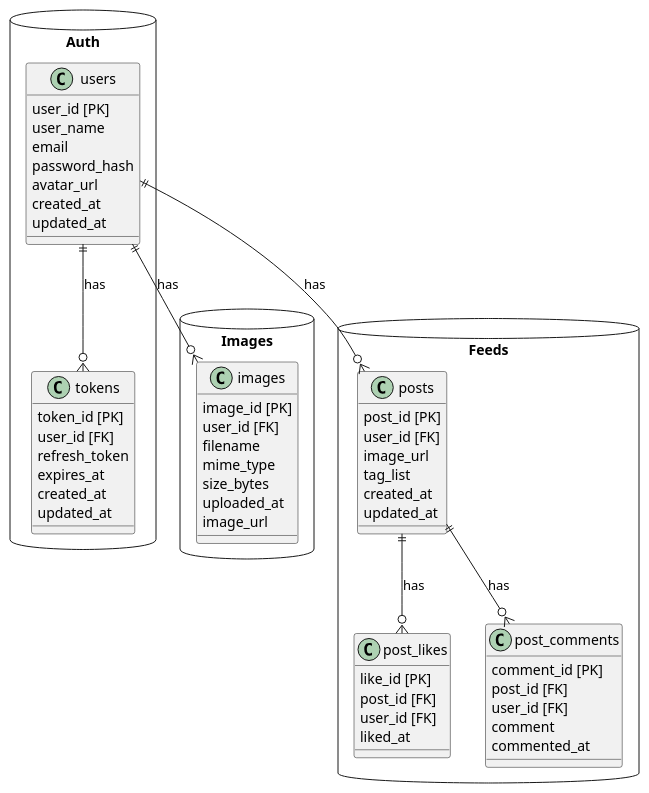
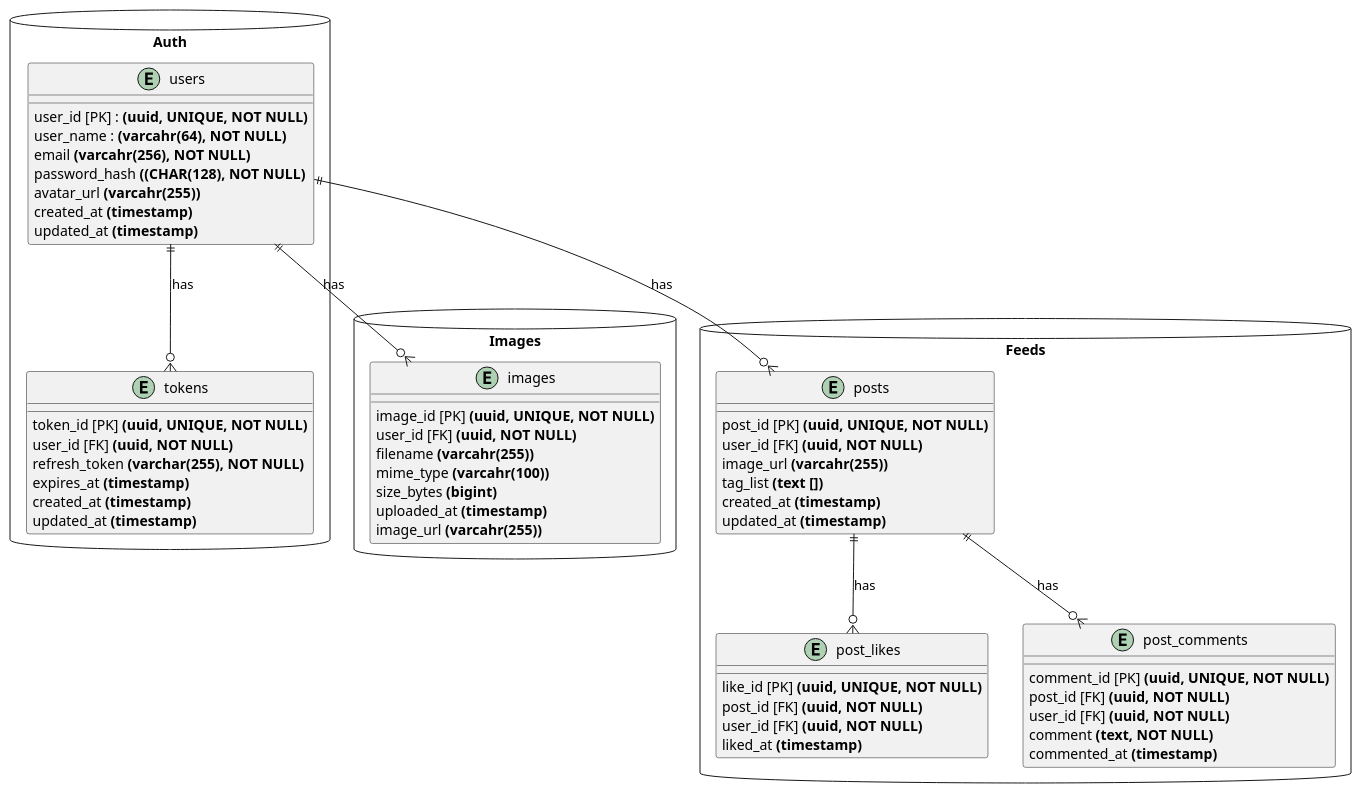
One commit to nikitcat/requirements.github.io changed the diagram in src/docs/asciidoc/uml/db/db.puml. Above: the diagram before and after it, drawn with PlantUML. The commit also changed 3 other files, not shown here.

```diff
--- a/src/docs/asciidoc/uml/db/db.puml
+++ b/src/docs/asciidoc/uml/db/db.puml
@@ -1,69 +1,69 @@
 @startuml
 
 database "Auth" {
-  class "users" {
-    user_id [PK]
-    user_name
-    email
-    password_hash
-    avatar_url
-    created_at
-    updated_at
+  entity "users" {
+    user_id [PK] : **(uuid, UNIQUE, NOT NULL)**
+    user_name : **(varcahr(64), NOT NULL)**
+    email **(varcahr(256), NOT NULL)**
+    password_hash **((CHAR(128), NOT NULL)**
+    avatar_url **(varcahr(255))**
+    created_at **(timestamp)**
+    updated_at **(timestamp)**
   }
 
-  class "tokens" {
-    token_id [PK]
-    user_id [FK]
-    refresh_token
-    expires_at
-    created_at
-    updated_at
+  entity "tokens" {
+    token_id [PK] **(uuid, UNIQUE, NOT NULL)**
+    user_id [FK] **(uuid, NOT NULL)**
+    refresh_token **(varchar(255), NOT NULL)**
+    expires_at **(timestamp)**
+    created_at **(timestamp)**
+    updated_at **(timestamp)**
   }
 
   users ||--o{ tokens : has
 }
 
 database "Images" {
-  class "images" {
-    image_id [PK]
-    user_id [FK]
-    filename
-    mime_type
-    size_bytes
-    uploaded_at
-    image_url
+  entity "images" {
+    image_id [PK] **(uuid, UNIQUE, NOT NULL)**
+    user_id [FK] **(uuid, NOT NULL)**
+    filename **(varcahr(255))**
+    mime_type **(varcahr(100))**
+    size_bytes **(bigint)**
+    uploaded_at **(timestamp)**
+    image_url **(varcahr(255))**
   }
 
   users ||--o{ images : has
 }
 
 database "Feeds" {
-  class "posts" {
-    post_id [PK]
-    user_id [FK]
-    image_url
-    tag_list
-    created_at
-    updated_at
+  entity "posts" {
+    post_id [PK] **(uuid, UNIQUE, NOT NULL)**
+    user_id [FK] **(uuid, NOT NULL)**
+    image_url **(varcahr(255))**
+    tag_list **(text [])**
+    created_at **(timestamp)**
+    updated_at **(timestamp)**
   }
 
-  class "post_likes" {
-    like_id [PK]
-    post_id [FK]
-    user_id [FK]
-    liked_at
+  entity "post_likes" {
+    like_id [PK] **(uuid, UNIQUE, NOT NULL)**
+    post_id [FK] **(uuid, NOT NULL)**
+    user_id [FK] **(uuid, NOT NULL)**
+    liked_at **(timestamp)**
   }
 
-  class "post_comments" {
-    comment_id [PK]
-    post_id [FK]
-    user_id [FK]
-    comment
-    commented_at
+  entity "post_comments" {
+    comment_id [PK] **(uuid, UNIQUE, NOT NULL)**
+    post_id [FK] **(uuid, NOT NULL)**
+    user_id [FK] **(uuid, NOT NULL)**
+    comment **(text, NOT NULL)**
+    commented_at **(timestamp)**
   }
 
   posts ||--o{ post_likes : has
   posts ||--o{ post_comments : has
   users ||--o{ posts : has
 }
 @enduml
```
